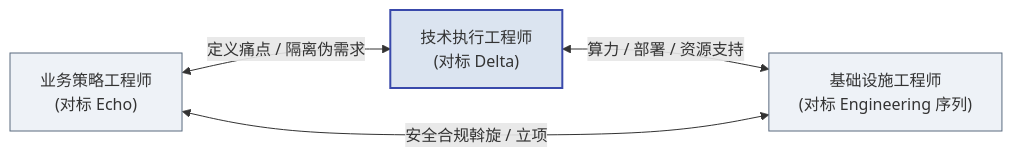
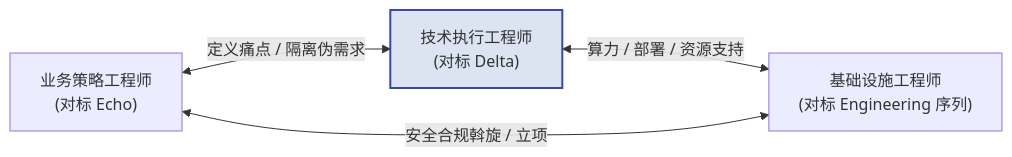
The second of 2 diagrams in textbook/第03章_Palantir的平台与FDE体系.md (cloudzun/fde-course), drawn with Mermaid before and after one commit. The commit also changed other lines of this file and 10 other files, not shown here.

Commit message:
style: 全库mermaid配色统一以第11章为标准——删主色灰底style，仅保留强调蓝/琥珀金/绿/红四色点缀（40行，方向与第11章图不动）

````diff
--- a/textbook/第03章_Palantir的平台与FDE体系.md
+++ b/textbook/第03章_Palantir的平台与FDE体系.md
@@ -94,14 +90,12 @@
 ```mermaid
 graph LR
     strategy["业务策略工程师<br/>(对标 Echo)"]
     tech["技术执行工程师<br/>(对标 Delta)"]
     infra["基础设施工程师<br/>(对标 Engineering 序列)"]
     
     strategy <-->|"定义痛点 / 隔离伪需求"| tech
     tech <-->|"算力 / 部署 / 资源支持"| infra
     strategy <-->|"安全合规斡旋 / 立项"| infra
 
-    style strategy fill:#eef2f7,stroke:#5a6b7f
     style tech fill:#dbe4f0,stroke:#3949ab,stroke-width:2px
-    style infra fill:#eef2f7,stroke:#5a6b7f
 ```
````
